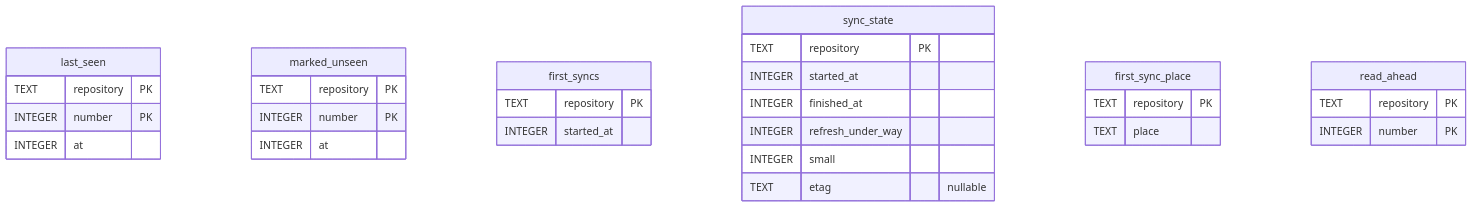
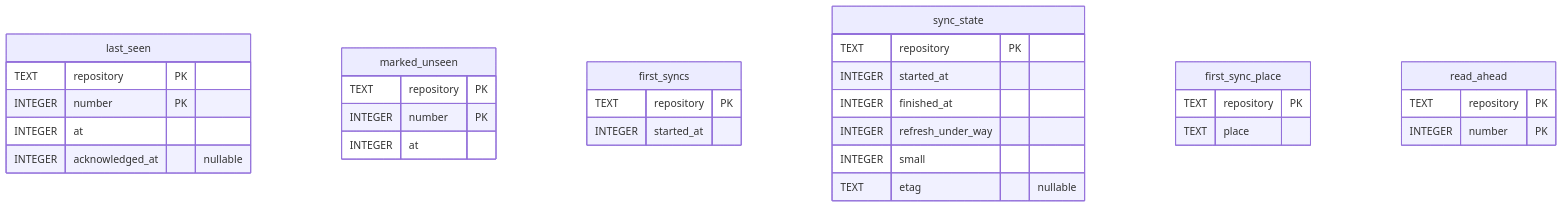
The fourth of 4 diagrams in docs/schema.md (tsugiki/tsugiki), drawn with Mermaid before and after one commit. The commit also changed 11 other files, not shown here.

````diff
--- a/docs/schema.md
+++ b/docs/schema.md
@@ -261,33 +261,34 @@
 ```mermaid
 erDiagram
     last_seen {
         TEXT repository PK
         INTEGER number PK
         INTEGER at
+        INTEGER acknowledged_at "nullable"
     }
     marked_unseen {
         TEXT repository PK
         INTEGER number PK
         INTEGER at
     }
     first_syncs {
         TEXT repository PK
         INTEGER started_at
     }
     sync_state {
         TEXT repository PK
         INTEGER started_at
         INTEGER finished_at
         INTEGER refresh_under_way
         INTEGER small
         TEXT etag "nullable"
     }
     first_sync_place {
         TEXT repository PK
         TEXT place
     }
     read_ahead {
         TEXT repository PK
         INTEGER number PK
     }
 ```
````
